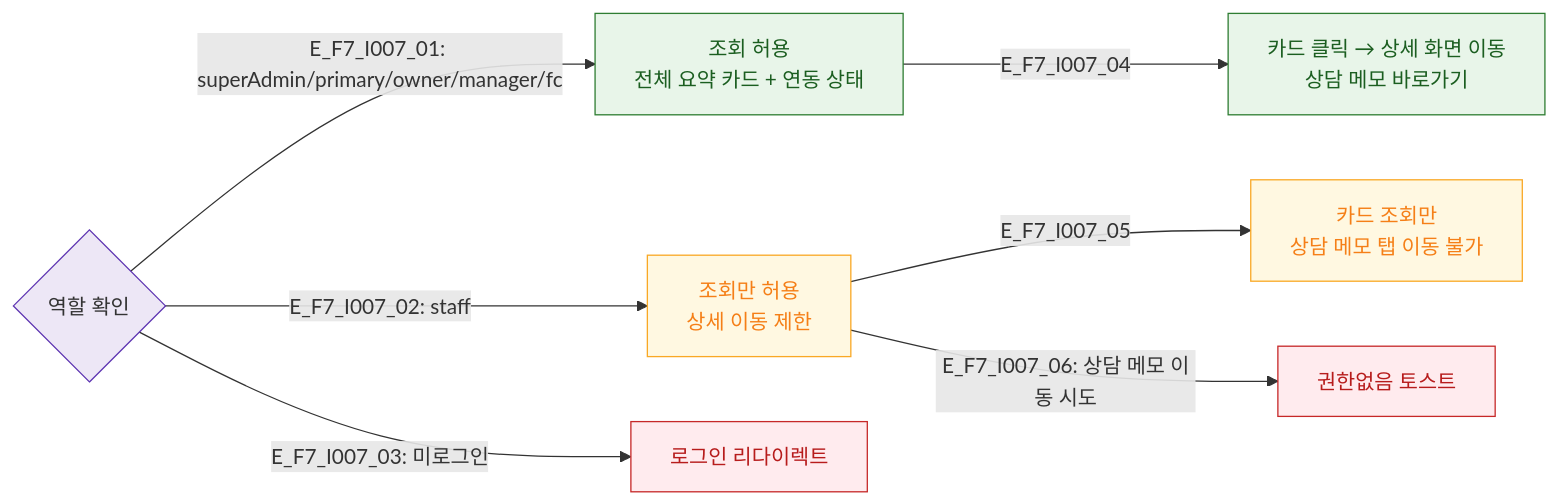
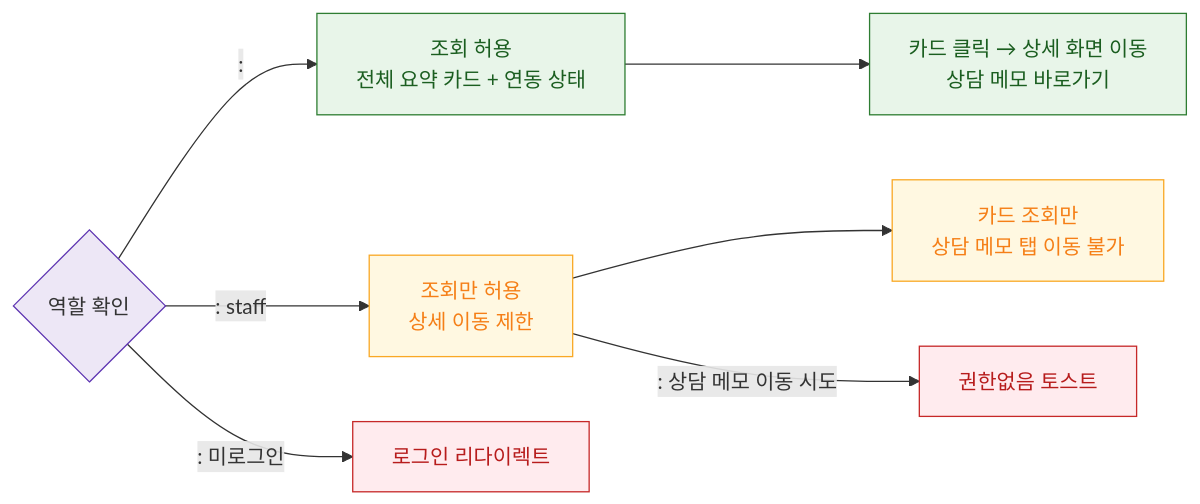
The diagram in docs/다이어그램/D11_통합운영/SCR-I007_회원건강연동요약/F7_권한.md (dev-spogym/admin-pando), drawn with Mermaid before and after one commit. The commit also changed other lines of this file and 1660 other files, not shown here.

First line of the commit message:
다이어그램: 기획자/클라이언트 납품본으로 정리

````diff
--- a/docs/다이어그램/D11_통합운영/SCR-I007_회원건강연동요약/F7_권한.md
+++ b/docs/다이어그램/D11_통합운영/SCR-I007_회원건강연동요약/F7_권한.md
@@ -16,20 +14,20 @@
 ```mermaid
 flowchart LR
     ROLE{역할 확인}
-    ROLE -->|"E_F7_I007_01: superAdmin/primary/owner/manager/fc"| ALLOWED[조회 허용\n전체 요약 카드 + 연동 상태]
-    ROLE -->|"E_F7_I007_02: staff"| LIMITED[조회만 허용\n상세 이동 제한]
-    ROLE -->|"E_F7_I007_03: 미로그인"| BLOCKED[로그인 리다이렉트]
+    ROLE -->|": "|ALLOWED[조회 허용\n전체 요약 카드 + 연동 상태]
+    ROLE -->|": staff"|LIMITED[조회만 허용\n상세 이동 제한]
+    ROLE -->|": 미로그인"|BLOCKED[로그인 리다이렉트]
 
-    ALLOWED -->|E_F7_I007_04| ACT_ALL[카드 클릭 → 상세 화면 이동\n상담 메모 바로가기]
-    LIMITED -->|E_F7_I007_05| ACT_VIEW[카드 조회만\n상담 메모 탭 이동 불가]
-    LIMITED -->|"E_F7_I007_06: 상담 메모 이동 시도"| TOAST_BLOCKED[권한없음 토스트]
+    ALLOWED --> ACT_ALL[카드 클릭 → 상세 화면 이동\n상담 메모 바로가기]
+    LIMITED --> ACT_VIEW[카드 조회만\n상담 메모 탭 이동 불가]
+    LIMITED -->|": 상담 메모 이동 시도"|TOAST_BLOCKED[권한없음 토스트]
 
-    classDef success      fill:#E8F5E9,stroke:#2E7D32,color:#1B5E20
-    classDef warning      fill:#FFF8E1,stroke:#F9A825,color:#F57F17
-    classDef error        fill:#FFEBEE,stroke:#C62828,color:#B71C1C
-    classDef system       fill:#EDE7F6,stroke:#5E35B2
+    classDef success fill:#E8F5E9,stroke:#2E7D32,color:#1B5E20
+    classDef warning fill:#FFF8E1,stroke:#F9A825,color:#F57F17
+    classDef error fill:#FFEBEE,stroke:#C62828,color:#B71C1C
+    classDef system fill:#EDE7F6,stroke:#5E35B2
     class ALLOWED,ACT_ALL success
     class LIMITED,ACT_VIEW warning
     class BLOCKED,TOAST_BLOCKED error
     class ROLE system
 ```
````
